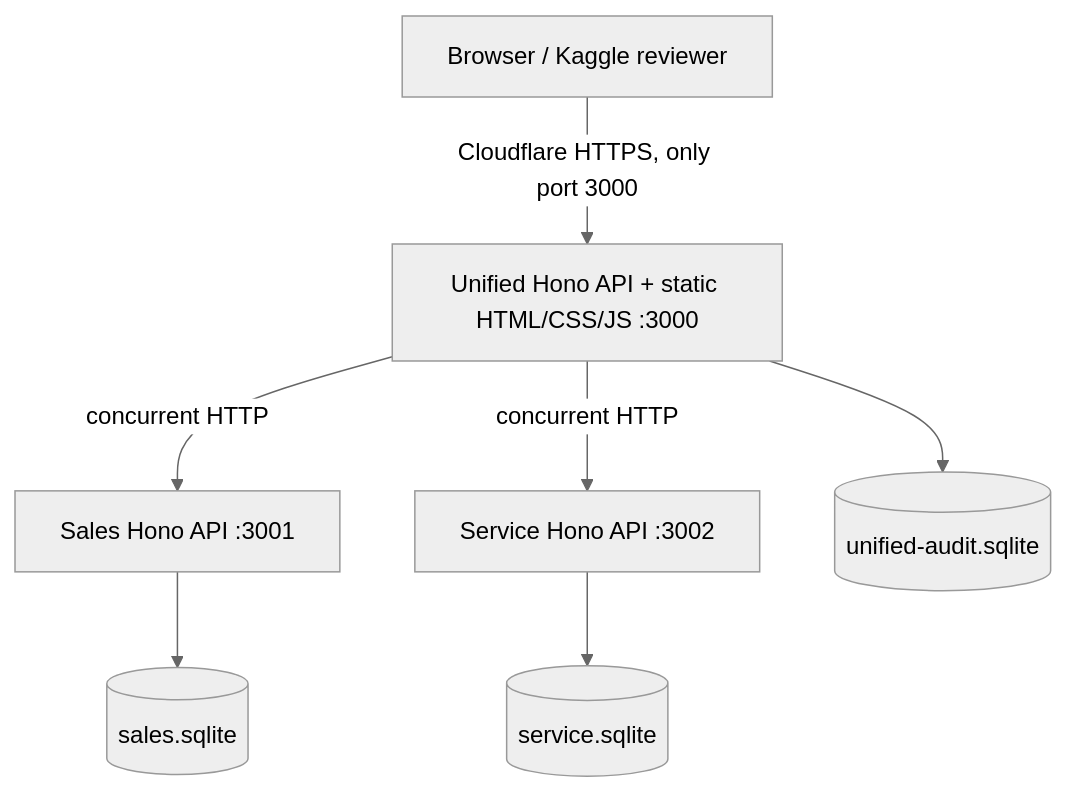
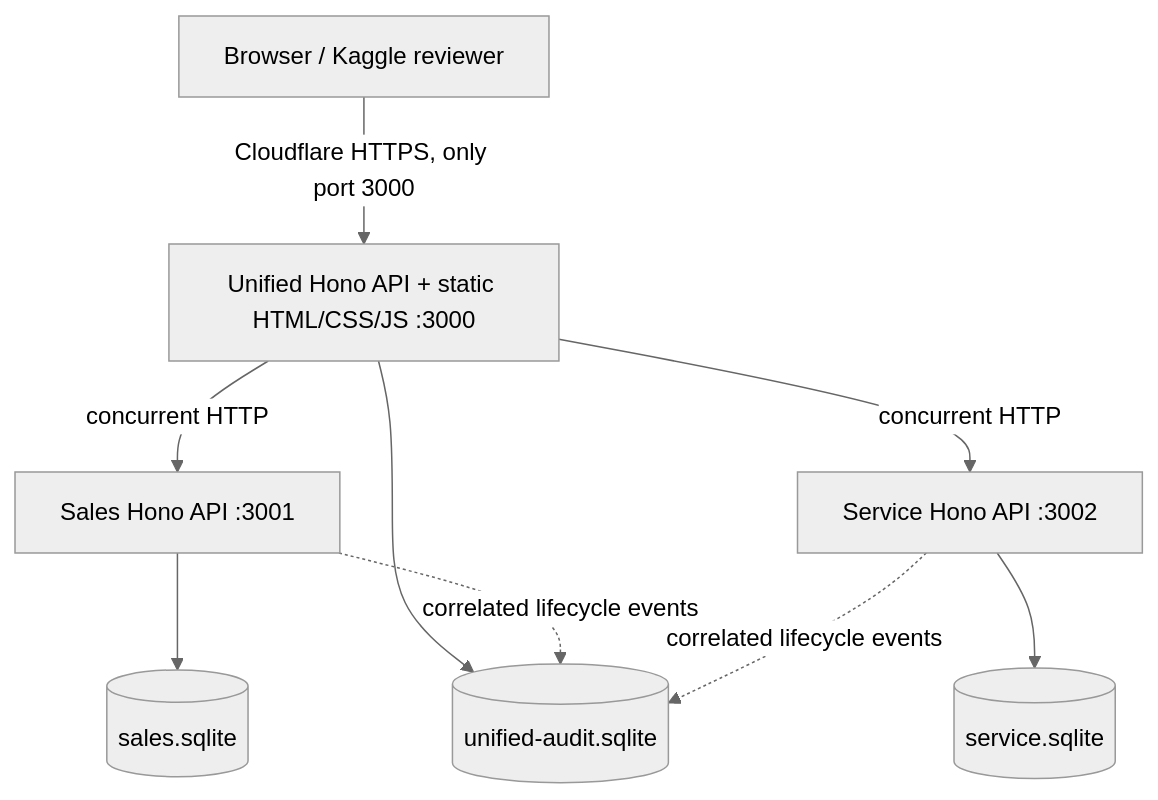
The first of 2 diagrams in docs/SYSTEM-DESIGN.md (dangkhoa2016/Keyloop-Scenario-D-Unified-Document-Viewer), drawn with Mermaid (neutral theme) before and after one commit. The commit also changed other lines of this file and 4 other files, not shown here.

````diff
--- a/docs/SYSTEM-DESIGN.md
+++ b/docs/SYSTEM-DESIGN.md
@@ -9,9 +11,11 @@
 ```mermaid
 flowchart TD
   Browser[Browser / Kaggle reviewer] -->|Cloudflare HTTPS, only port 3000| U[Unified Hono API + static HTML/CSS/JS :3000]
   U -->|concurrent HTTP| S[Sales Hono API :3001]
   U -->|concurrent HTTP| V[Service Hono API :3002]
   S --> SD[(sales.sqlite)]
   V --> VD[(service.sqlite)]
   U --> AD[(unified-audit.sqlite)]
+  S -. correlated lifecycle events .-> AD
+  V -. correlated lifecycle events .-> AD
 ```
````
